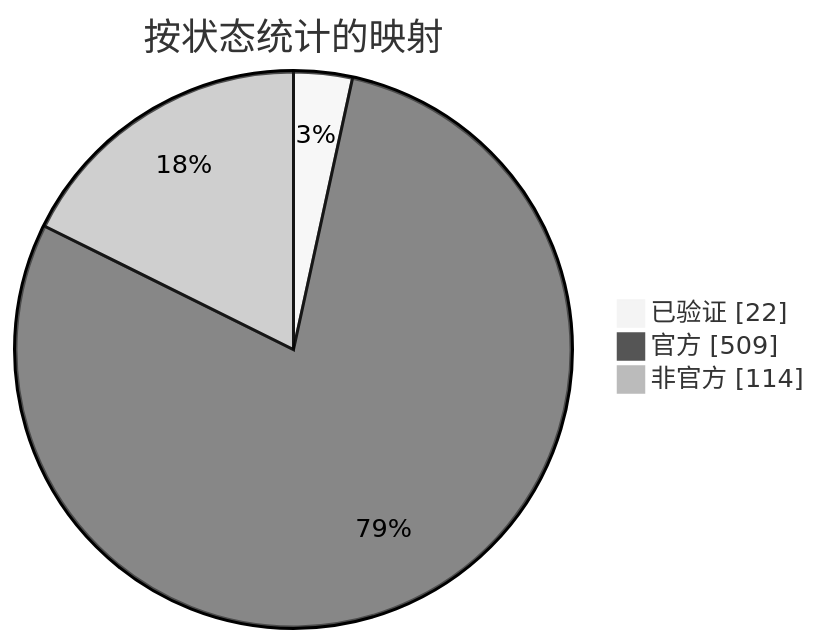
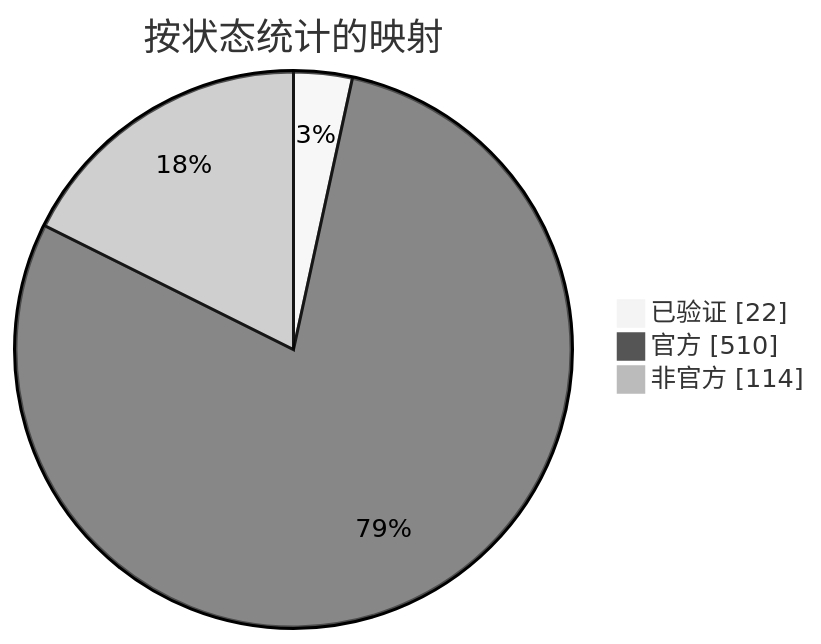
One commit to nobrega8/mbmap-library changed the diagram in docs/readme/README_ZHS.md. Above: the diagram before and after it, drawn with Mermaid (neutral theme). The commit also changed 6 other files, not shown here.

````diff
--- a/docs/readme/README_ZHS.md
+++ b/docs/readme/README_ZHS.md
@@ -54,7 +54,7 @@
 ```mermaid
 pie showData
     title 按状态统计的映射
     "已验证" : 22
-    "官方" : 509
+    "官方" : 510
     "非官方" : 114
 ```
````
